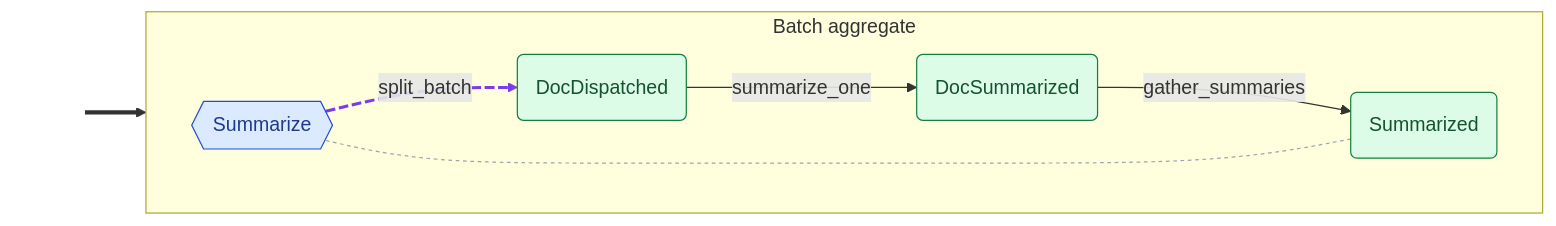
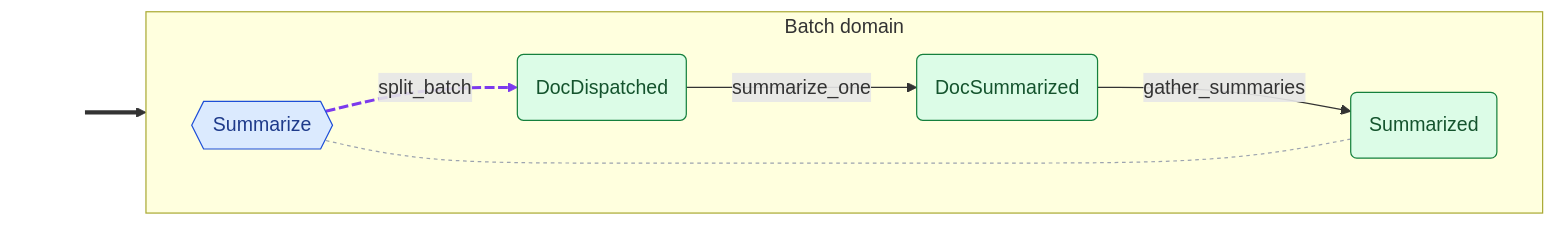
Before and after one commit to cadance-io/langgraph-events: the second of 2 diagrams in examples/map_reduce.graph.md, drawn with Mermaid. The commit also changed other lines of this file and 43 other files, not shown here.

First line of the commit message:
feat: rename Aggregate→Domain, add post-command invariant check, reroute invariants in mermaid

````diff
--- a/examples/map_reduce.graph.md
+++ b/examples/map_reduce.graph.md
@@ -43,25 +44,25 @@
 ```mermaid
 graph LR
     classDef entry fill:none,stroke:none,color:none
     classDef cmd fill:#dbeafe,stroke:#1d4ed8,color:#1e3a8a
     classDef devt fill:#dcfce7,stroke:#15803d,color:#14532d
     classDef intg fill:#ede9fe,stroke:#6d28d9,color:#4c1d95
     classDef syst fill:#fef3c7,stroke:#b45309,color:#78350f
     classDef halt fill:#fef3c7,stroke:#b45309,color:#78350f,stroke-width:3px,stroke-dasharray:4 2
     classDef inv fill:#ffedd5,stroke:#c2410c,color:#7c2d12
-    subgraph Batch["Batch aggregate"]
+    subgraph Batch["Batch domain"]
         direction LR
         DocDispatched(DocDispatched):::devt
         DocSummarized(DocSummarized):::devt
         Summarize{{Summarize}}:::cmd
         Summarized(Summarized):::devt
     end
     _e0_[ ]:::entry ==> Summarize
     Summarize -.->|split_batch| DocDispatched
     DocDispatched -->|summarize_one| DocSummarized
     DocSummarized -->|gather_summaries| Summarized
     Summarize -.- Summarized
 %% Side-effect handlers: audit_trail (Auditable)
     linkStyle 1 stroke:#7c3aed,stroke-width:2.5px,stroke-dasharray:8 3
     linkStyle 4 stroke:#9ca3af,stroke-dasharray:3 3
 ```
````
